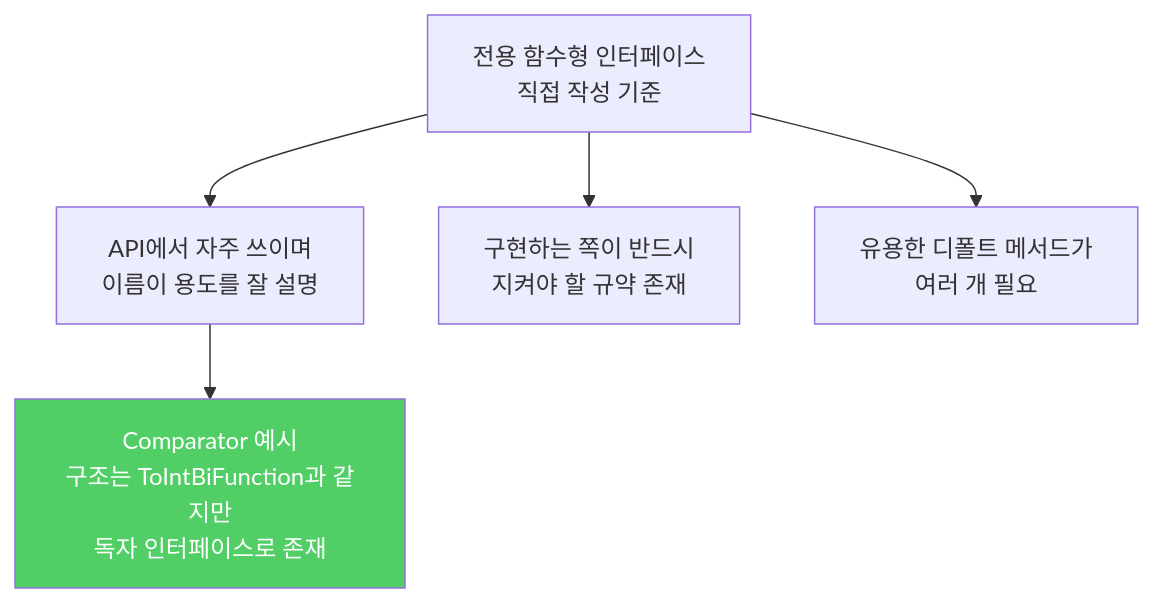
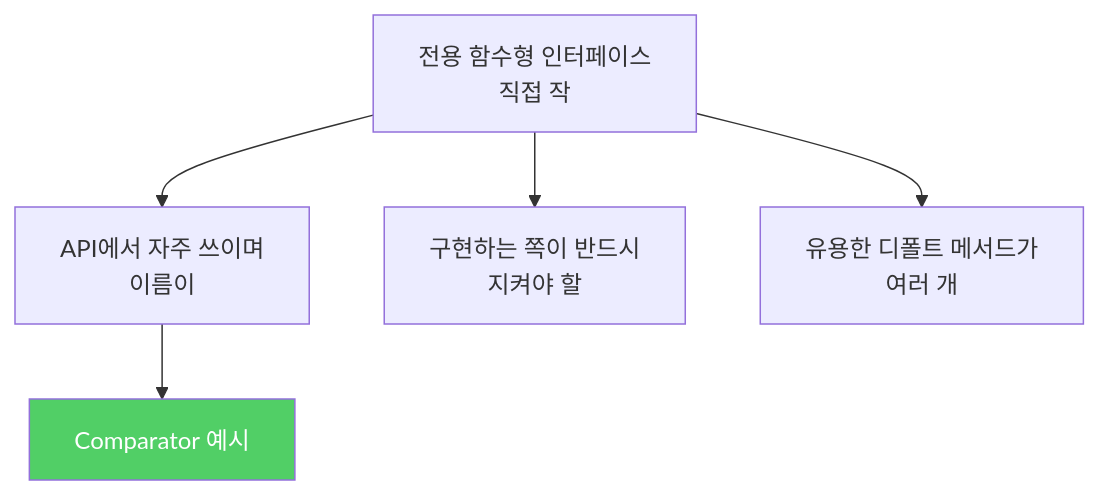
Before and after one commit to yjkim2015/yjkim2015.github.io: the second of 2 diagrams in _posts/java/2022-01-18-effective-java44.md, drawn with Mermaid. The commit also changed other lines of this file and 271 other files, not shown here.

First line of the commit message:
Mermaid 라벨 축소: 긴 노드 텍스트 18자 이하로 트림 + \n 제거

````diff
--- a/_posts/java/2022-01-18-effective-java44.md
+++ b/_posts/java/2022-01-18-effective-java44.md
@@ -97,8 +97,8 @@
 ```mermaid
 graph TD
-    A["전용 함수형 인터페이스\n직접 작성 기준"] --> B["API에서 자주 쓰이며\n이름이 용도를 잘 설명"]
-    A --> C["구현하는 쪽이 반드시\n지켜야 할 규약 존재"]
-    A --> D["유용한 디폴트 메서드가\n여러 개 필요"]
-    B --> E["Comparator<T> 예시\n구조는 ToIntBiFunction과 같지만\n독자 인터페이스로 존재"]
+    A["전용 함수형 인터페이스\n직접 작"] --> B["API에서 자주 쓰이며\n이름이"]
+    A --> C["구현하는 쪽이 반드시\n지켜야 할"]
+    A --> D["유용한 디폴트 메서드가\n여러 개"]
+    B --> E["Comparator<T> 예시\n"]
     style E fill:#51cf66,color:#fff
 ```
````
